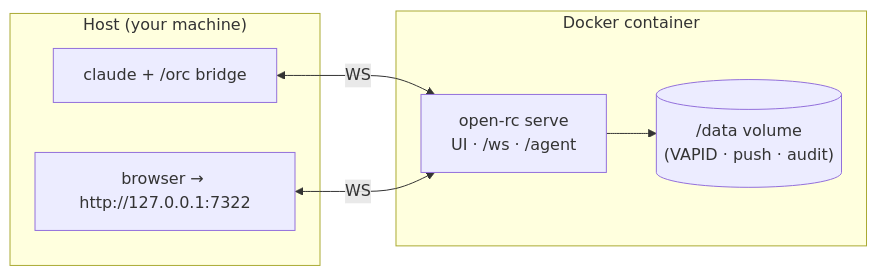
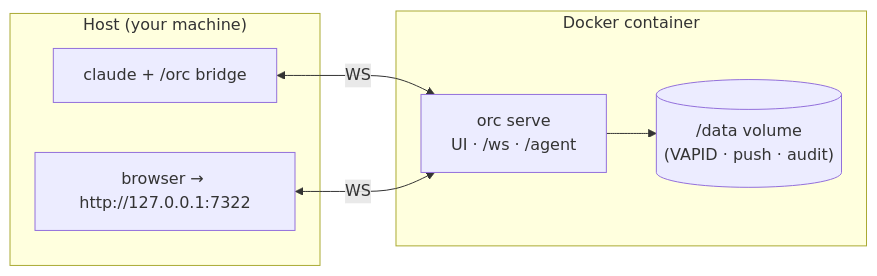
Before and after one commit to Cohey0727/OpenRemoteControl: the diagram in docs/docker.md, drawn with Mermaid. The commit also changed other lines of this file and 26 other files, not shown here.

````diff
--- a/docs/docker.md
+++ b/docs/docker.md
@@ -9,12 +9,12 @@
 ```mermaid
 flowchart LR
     subgraph container["Docker container"]
-        serve["open-rc serve<br/>UI · /ws · /agent"] --> data[("/data volume<br/>(VAPID · push · audit)")]
+        serve["orc serve<br/>UI · /ws · /agent"] --> data[("/data volume<br/>(VAPID · push · audit)")]
     end
     subgraph host["Host (your machine)"]
         claude["claude + /orc bridge"]
         browser["browser → http://127.0.0.1:7322"]
     end
     claude <-- WS --> serve
     browser <-- WS --> serve
 ```
````
